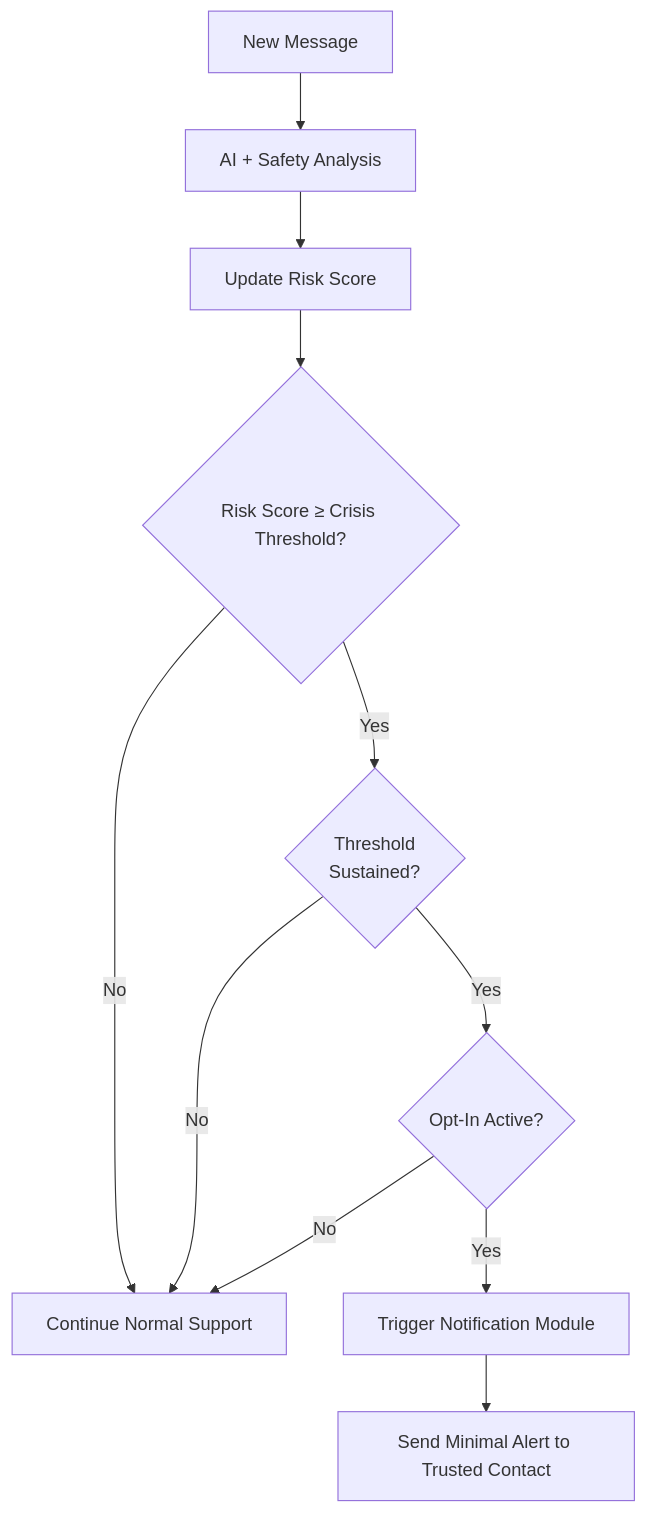
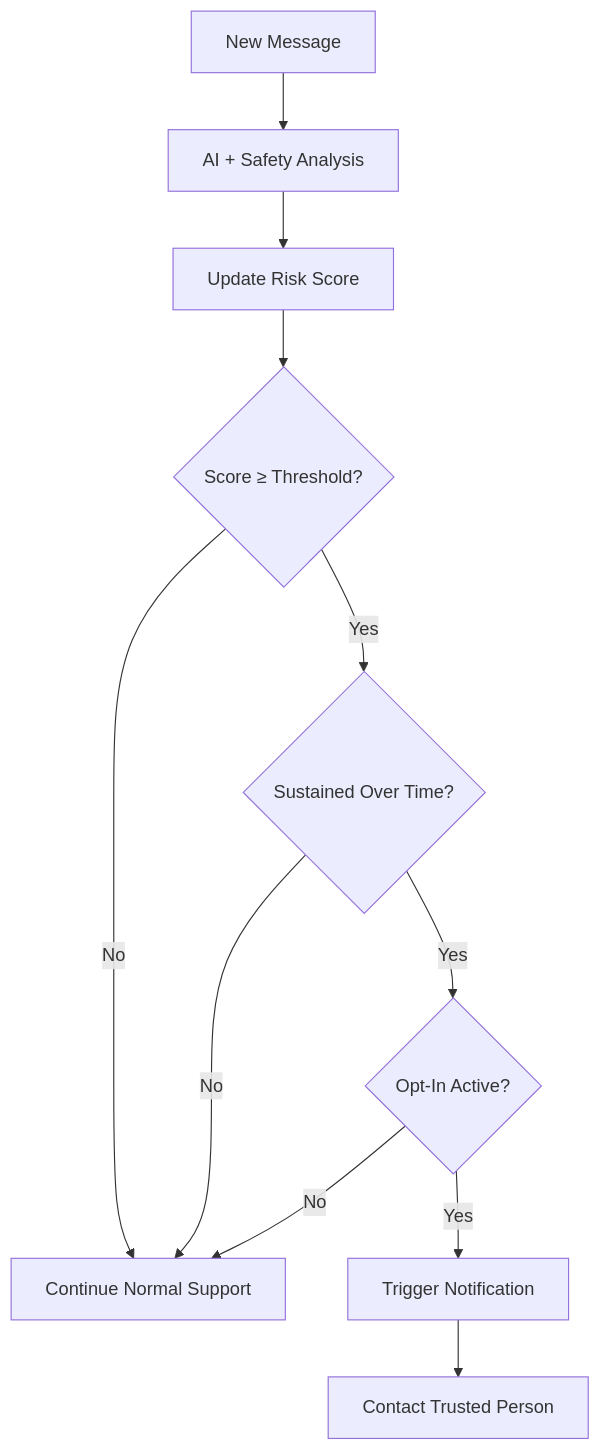
Before and after one commit to axv-crew/axv-digital-safety-net: the third of 3 diagrams in docs/architecture.md, drawn with Mermaid. The commit also changed other lines of this file, not shown here.

First line of the commit message:
Revise architecture document for clarity and updates

````diff
--- a/docs/architecture.md
+++ b/docs/architecture.md
@@ -89,13 +84,13 @@
 ```mermaid
 flowchart TD
     A[New Message] --> B[AI + Safety Analysis]
     B --> C[Update Risk Score]
-    C --> D{Risk Score ≥ Crisis Threshold?}
+    C --> D{Score ≥ Threshold?}
     D -->|No| E[Continue Normal Support]
-    D -->|Yes| F{Threshold<br/>Sustained?}
+    D -->|Yes| F{Sustained Over Time?}
     F -->|No| E
     F -->|Yes| G{Opt-In Active?}
     G -->|No| E
-    G -->|Yes| H[Trigger Notification Module]
-    H --> I[Send Minimal Alert to Trusted Contact]
+    G -->|Yes| H[Trigger Notification]
+    H --> I[Contact Trusted Person]
 ```
````
